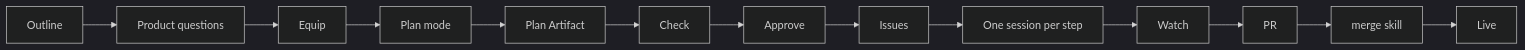
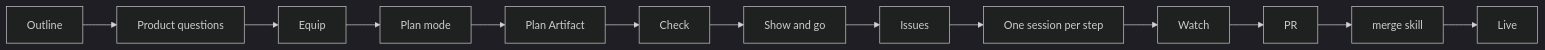
The diagram in plugin/skills/plan/SKILL.md (Colorado-Startups/claudius), drawn with Mermaid (dark theme) before and after one commit. The commit also changed other lines of this file and 7 other files, not shown here.

````diff
--- a/plugin/skills/plan/SKILL.md
+++ b/plugin/skills/plan/SKILL.md
@@ -19,5 +19,5 @@
 ```mermaid
 flowchart LR
-  O[Outline] --> Q[Product questions] --> E[Equip] --> P[Plan mode] --> A[Plan Artifact] --> C[Check] --> Y[Approve] --> I[Issues]
+  O[Outline] --> Q[Product questions] --> E[Equip] --> P[Plan mode] --> A[Plan Artifact] --> C[Check] --> Y[Show and go] --> I[Issues]
   I --> S[One session per step] --> W[Watch] --> R[PR] --> M[merge skill] --> L[Live]
 ```
````
